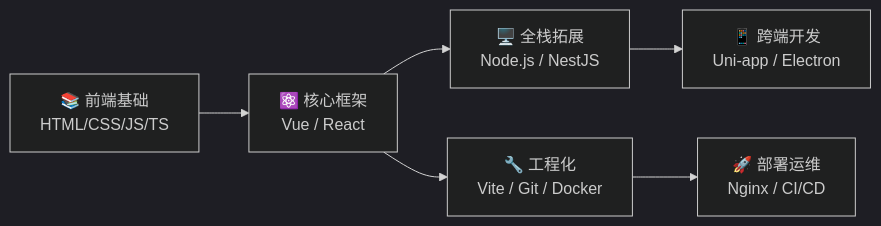
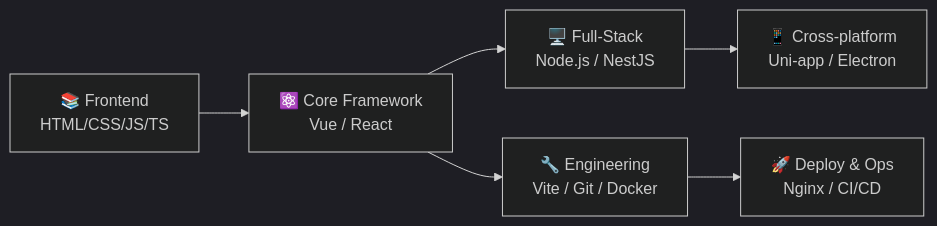
One commit to Violet-Viper6/Violet-Viper6 changed the diagram in README.md. Above: the diagram before and after it, drawn with Mermaid (dark theme). The commit also changed other lines of this file, not shown here.

````diff
--- a/README.md
+++ b/README.md
@@ -89,8 +89,8 @@
 ```mermaid
 graph LR
-    A[📚 前端基础<br/>HTML/CSS/JS/TS] --> B[⚛️ 核心框架<br/>Vue / React]
-    B --> C[🖥️ 全栈拓展<br/>Node.js / NestJS]
-    C --> D[📱 跨端开发<br/>Uni-app / Electron]
-    B --> E[🔧 工程化<br/>Vite / Git / Docker]
-    E --> F[🚀 部署运维<br/>Nginx / CI/CD]
+    A[📚 Frontend<br/>HTML/CSS/JS/TS] --> B[⚛️ Core Framework<br/>Vue / React]
+    B --> C[🖥️ Full-Stack<br/>Node.js / NestJS]
+    C --> D[📱 Cross-platform<br/>Uni-app / Electron]
+    B --> E[🔧 Engineering<br/>Vite / Git / Docker]
+    E --> F[🚀 Deploy & Ops<br/>Nginx / CI/CD]
 ```
````
